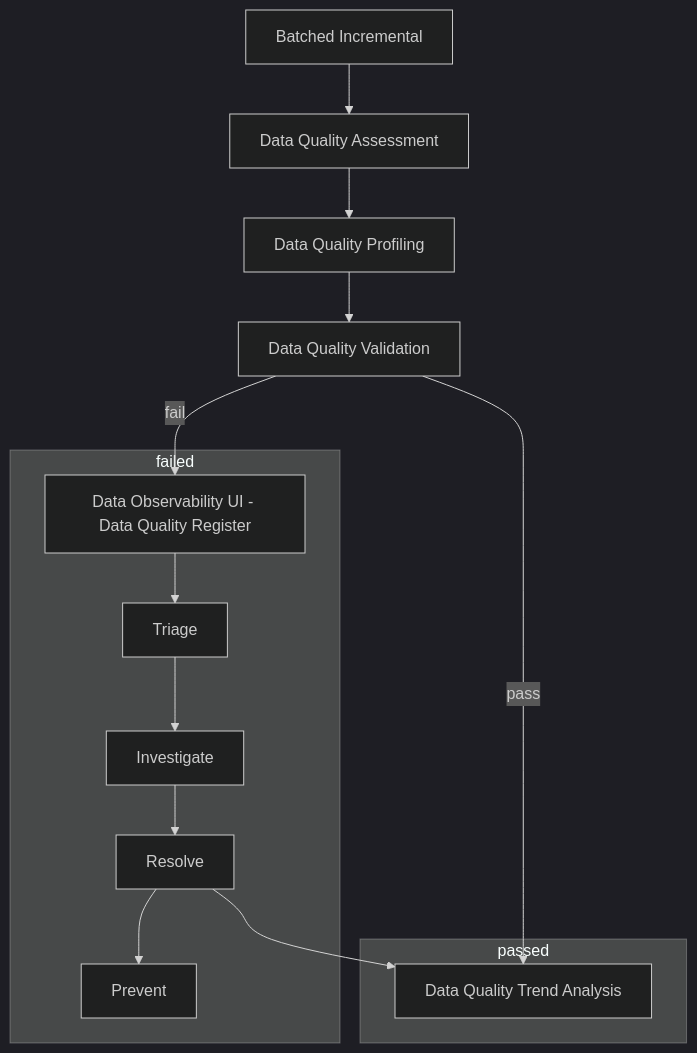
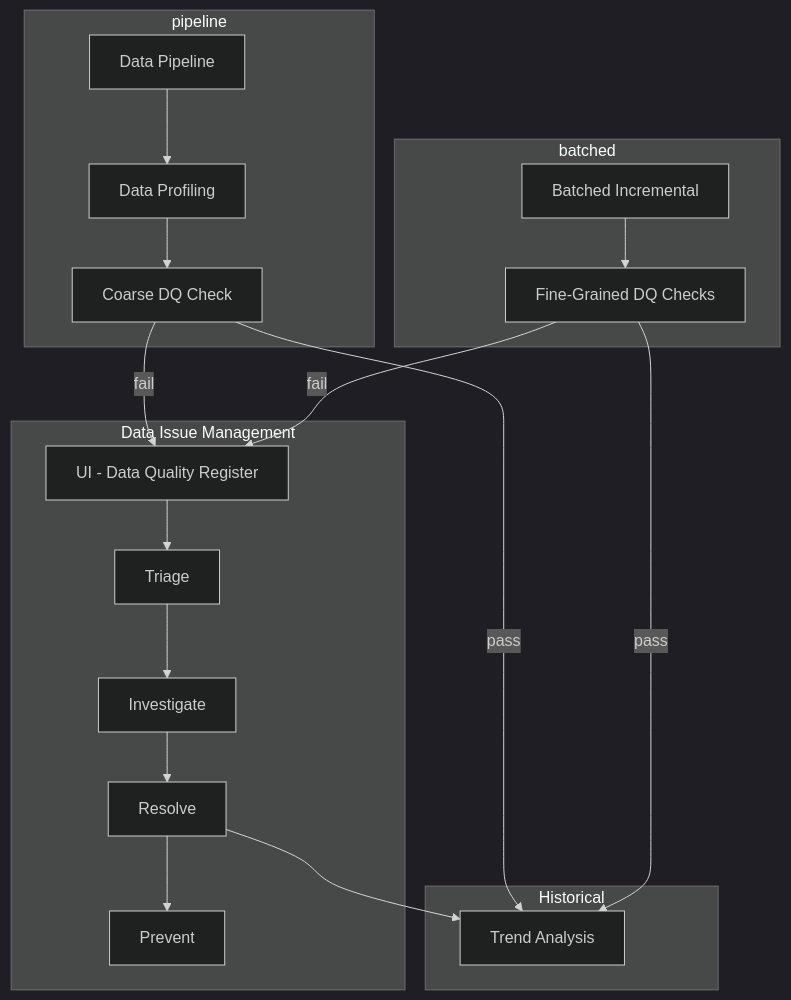
Before and after one commit to Panthers-Labs-Pvt-Ltd/progressive.mind.framework: the diagram in chimera-docs/docs/Data_Management/DataQuality/README.md, drawn with Mermaid (dark theme). The commit also changed other lines of this file, not shown here.

Commit message:
DQ updates

````diff
--- a/chimera-docs/docs/Data_Management/DataQuality/README.md
+++ b/chimera-docs/docs/Data_Management/DataQuality/README.md
@@ -174,23 +13,34 @@
 ```mermaid
 graph TD;
-    Z[Batched Incremental] --> A[Data Quality Assessment];
-    A[Data Quality Assessment] --> B[Data Quality Profiling];
-    B --> C[Data Quality Validation];
-    C --pass--> E[Data Quality Trend Analysis]; 
-    C --fail--> D[Data Observability UI - Data Quality Register]; 
-    D --> F[Triage];
-    F --> G[Investigate];
-    G --> H[Resolve];
-    H --> I[Prevent];
-    H --> E;
-  subgraph failed
+    A[Data Pipeline] --> B[Data Profiling];
+    B --> C[Coarse DQ Check];
+    C --fail--> D[UI - Data Quality Register];
+    C --pass--> E[Trend Analysis];
+    F[Batched Incremental] --> K[Fine-Grained DQ Checks];
+    K --pass--> E;
+    K --fail--> D; 
+    D --> G[Triage];
+    G --> H[Investigate];
+    H --> I[Resolve];
+    I --> J[Prevent];
+    I --> E;
+  subgraph pipeline
+      A
+      B
+      C
+  end
+  subgraph batched
+      F
+      K
+  end
+  subgraph Data Issue Management 
       D
-      F
       G
       H
       I
+      J
   end
-  subgraph passed
+  subgraph Historical
       E
   end
 ```
````
